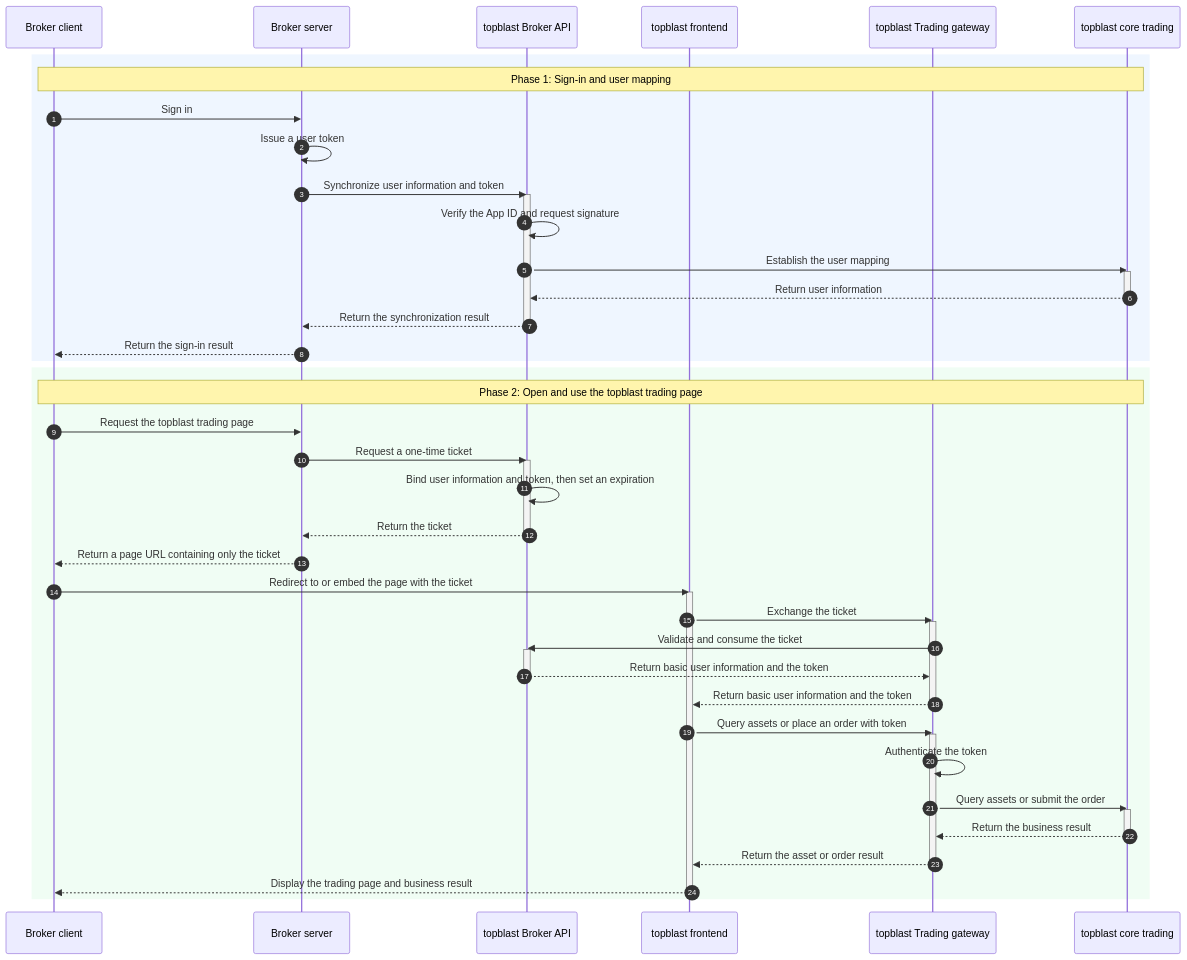
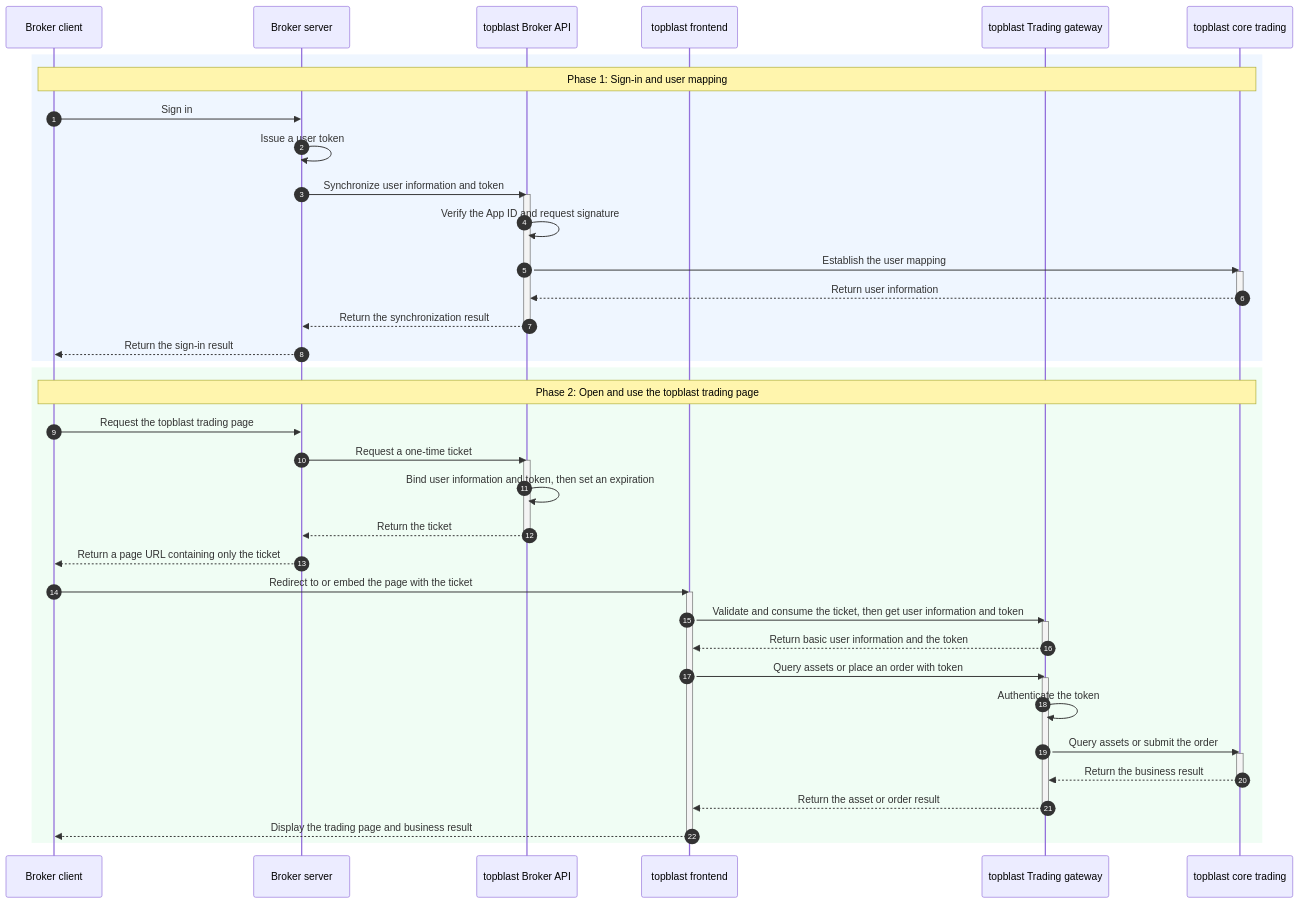
Before and after one commit to topblast-trade/docs: the second of 2 diagrams in en/broker/guide/integration-flow.mdx, drawn with Mermaid. The commit also changed 1 other file, not shown here.

Commit message:
docs: unify ticket exchange flow

````diff
--- a/en/broker/guide/integration-flow.mdx
+++ b/en/broker/guide/integration-flow.mdx
@@ -88,61 +88,57 @@
 ```mermaid
 sequenceDiagram
     autonumber
 
     participant BrokerClient as Broker client
     participant BrokerServer as Broker server
     participant BrokerAPI as topblast Broker API
     participant TopBlastWeb as topblast frontend
     participant Gateway as topblast Trading gateway
     participant Core as topblast core trading
 
     rect rgb(239, 246, 255)
         Note over BrokerClient,Core: Phase 1: Sign-in and user mapping
 
         BrokerClient->>BrokerServer: Sign in
         BrokerServer->>BrokerServer: Issue a user token
         BrokerServer->>BrokerAPI: Synchronize user information and token
         activate BrokerAPI
         BrokerAPI->>BrokerAPI: Verify the App ID and request signature
         BrokerAPI->>Core: Establish the user mapping
         activate Core
         Core-->>BrokerAPI: Return user information
         deactivate Core
         BrokerAPI-->>BrokerServer: Return the synchronization result
         deactivate BrokerAPI
         BrokerServer-->>BrokerClient: Return the sign-in result
     end
 
     rect rgb(240, 253, 244)
         Note over BrokerClient,Core: Phase 2: Open and use the topblast trading page
 
         BrokerClient->>BrokerServer: Request the topblast trading page
         BrokerServer->>BrokerAPI: Request a one-time ticket
         activate BrokerAPI
         BrokerAPI->>BrokerAPI: Bind user information and token, then set an expiration
         BrokerAPI-->>BrokerServer: Return the ticket
         deactivate BrokerAPI
         BrokerServer-->>BrokerClient: Return a page URL containing only the ticket
         BrokerClient->>TopBlastWeb: Redirect to or embed the page with the ticket
         activate TopBlastWeb
-        TopBlastWeb->>Gateway: Exchange the ticket
+        TopBlastWeb->>Gateway: Validate and consume the ticket, then get user information and token
         activate Gateway
-        Gateway->>BrokerAPI: Validate and consume the ticket
-        activate BrokerAPI
-        BrokerAPI-->>Gateway: Return basic user information and the token
-        deactivate BrokerAPI
         Gateway-->>TopBlastWeb: Return basic user information and the token
         deactivate Gateway
         TopBlastWeb->>Gateway: Query assets or place an order with token
         activate Gateway
         Gateway->>Gateway: Authenticate the token
         Gateway->>Core: Query assets or submit the order
         activate Core
         Core-->>Gateway: Return the business result
         deactivate Core
         Gateway-->>TopBlastWeb: Return the asset or order result
         deactivate Gateway
         TopBlastWeb-->>BrokerClient: Display the trading page and business result
         deactivate TopBlastWeb
     end
 ```
````
